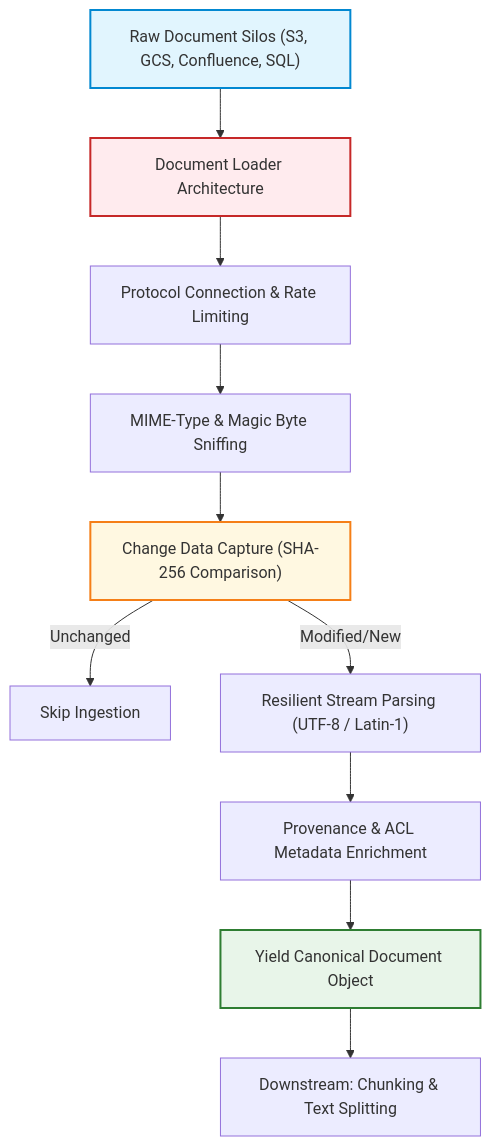
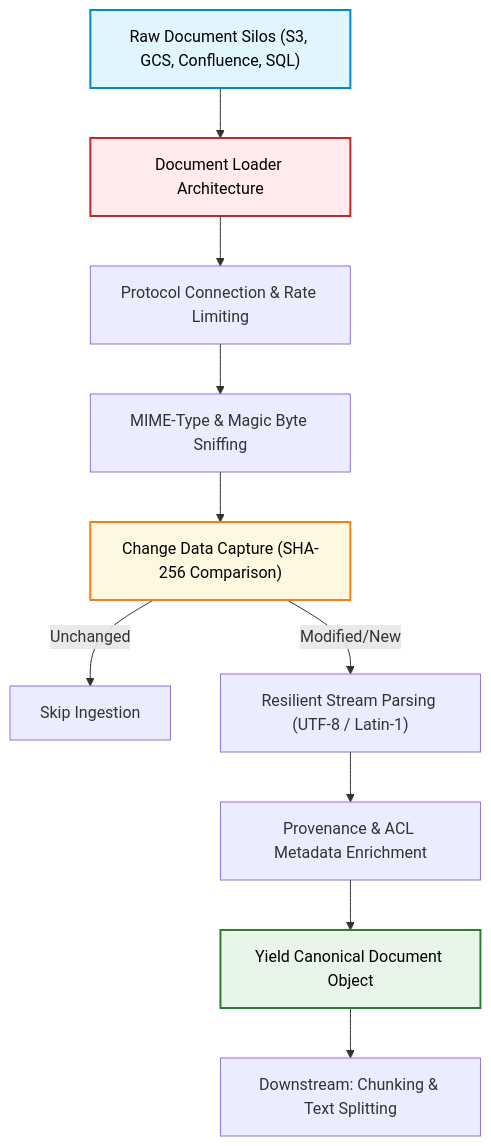
The sixth of 6 diagrams in 02-Document-Processing/Document-Loaders.md (swapnil3104/RAG-Engineering), drawn with Mermaid before and after one commit. The commit also changed 108 other files, not shown here.

Commit message:
fix: make chart text visible across all Mermaid diagrams and resolve markdown table formatting issues

````diff
--- a/02-Document-Processing/Document-Loaders.md
+++ b/02-Document-Processing/Document-Loaders.md
@@ -585,17 +585,17 @@
 ```mermaid
 flowchart TD
     A["Raw Document Silos (S3, GCS, Confluence, SQL)"] --> B["Document Loader Architecture"]
     B --> C["Protocol Connection & Rate Limiting"]
     C --> D["MIME-Type & Magic Byte Sniffing"]
     D --> E["Change Data Capture (SHA-256 Comparison)"]
     E -- "Unchanged" --> F["Skip Ingestion"]
     E -- "Modified/New" --> G["Resilient Stream Parsing (UTF-8 / Latin-1)"]
     G --> H["Provenance & ACL Metadata Enrichment"]
     H --> I["Yield Canonical Document Object"]
     I --> J["Downstream: Chunking & Text Splitting"]
 
-    style A fill:#e1f5fe,stroke:#0288d1,stroke-width:2px
-    style B fill:#ffebee,stroke:#c62828,stroke-width:2px
-    style E fill:#fff8e1,stroke:#f57f17,stroke-width:2px
-    style I fill:#e8f5e9,stroke:#2e7d32,stroke-width:2px
+    style A fill:#e1f5fe,stroke:#0288d1,stroke-width:2px,color:#000000
+    style B fill:#ffebee,stroke:#c62828,stroke-width:2px,color:#000000
+    style E fill:#fff8e1,stroke:#f57f17,stroke-width:2px,color:#000000
+    style I fill:#e8f5e9,stroke:#2e7d32,stroke-width:2px,color:#000000
 ```
````
